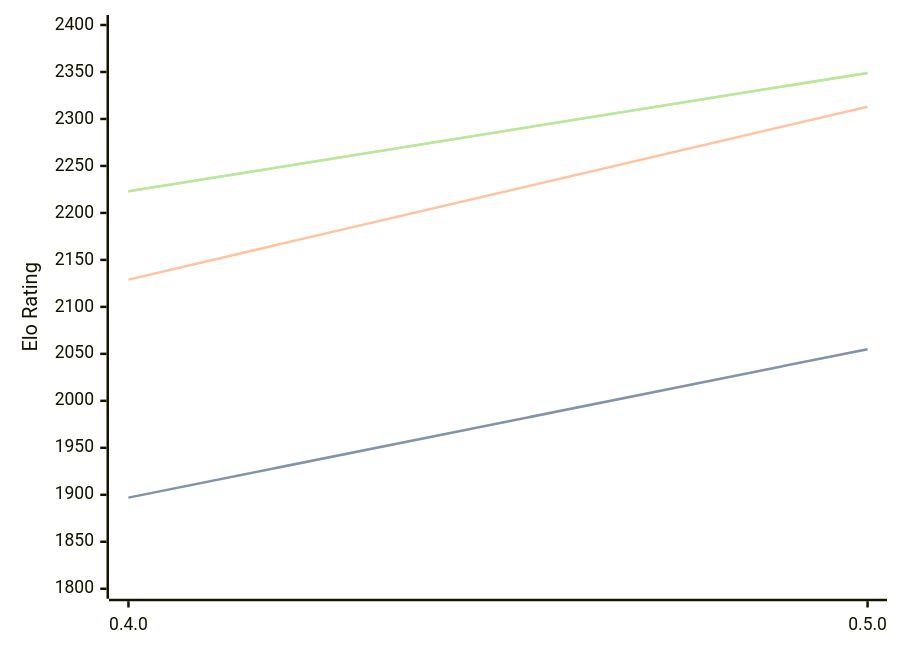
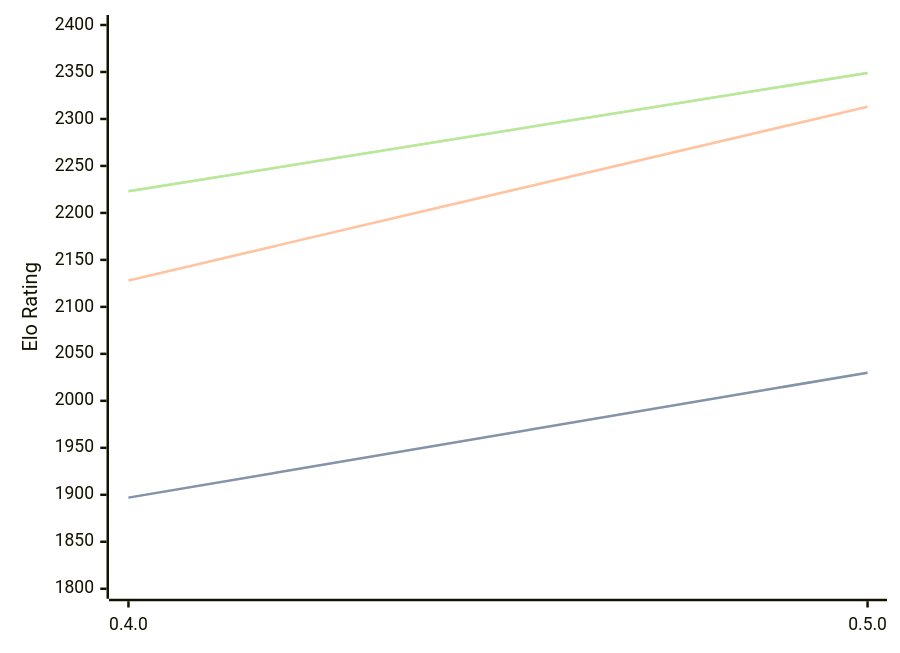
The diagram in engines/Atenika.md (computer-chess-index/cci), drawn with Mermaid before and after one commit. The commit also changed other lines of this file, not shown here.

````diff
--- a/engines/Atenika.md
+++ b/engines/Atenika.md
@@ -32,11 +32,11 @@
 ```mermaid
 %%{init: {"theme":"base","themeVariables":{"seriesColors:['#a3a3a3','#222221','#faa371']}}}%%
 xychart-beta
   x-axis ["0.4.0", "0.5.0"]
   y-axis "Elo Rating" 1800 --> 2400
-  line "" [1897, 2055]
-  line "STC (8.0+0.08s)" [1897, 2055]
-  line "LTC (60.0+0.60s)" [2129, 2313]
+  line "" [1897, 2030]
+  line "STC (8.0+0.08s)" [1897, 2030]
+  line "LTC (60.0+0.60s)" [2128, 2313]
   line "" [2223, 2349]
   line "VLTC (2m24s+1.12s)" [2223, 2349]
 ```
````
